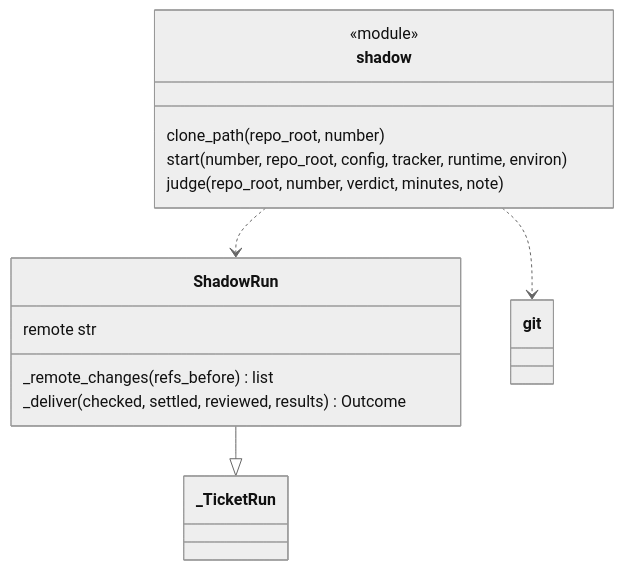
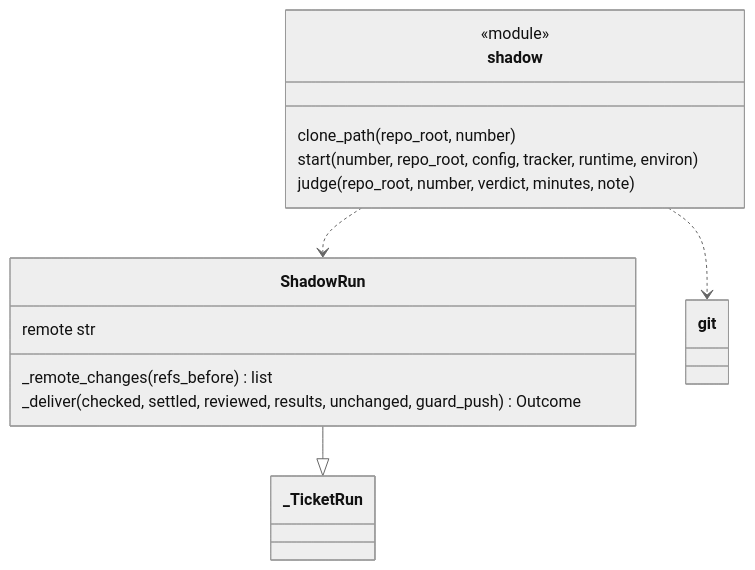
One commit to plaplanche/ariane changed the second of 3 diagrams in docs/architecture/modules/shadow.md. Above: the diagram before and after it, drawn with Mermaid (neutral theme). The commit also changed 6 other files, not shown here.

````diff
--- a/docs/architecture/modules/shadow.md
+++ b/docs/architecture/modules/shadow.md
@@ -35,17 +35,17 @@
 ```mermaid
 classDiagram
 class ShadowRun {
   remote str
   _remote_changes(refs_before) list
-  _deliver(checked, settled, reviewed, results) Outcome
+  _deliver(checked, settled, reviewed, results, unchanged, guard_push) Outcome
 }
 ShadowRun --|> _TicketRun
 class shadow {
   <<module>>
   clone_path(repo_root, number)
   start(number, repo_root, config, tracker, runtime, environ)
   judge(repo_root, number, verdict, minutes, note)
 }
 shadow ..> ShadowRun
 shadow ..> git
 ```
````
